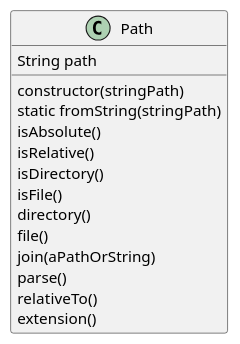
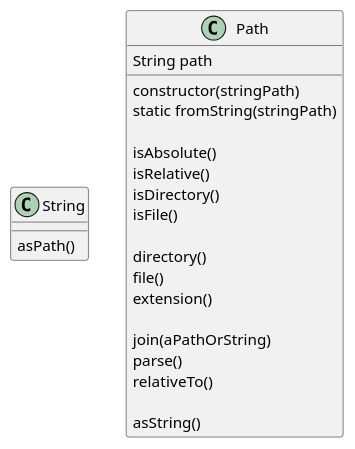
Before and after one commit to jarusll/Path: the diagram in Path.puml, drawn with PlantUML. The commit also changed 3 other files, not shown here.

```diff
--- a/Path.puml
+++ b/Path.puml
@@ -1,17 +1,27 @@
 @startuml
+class String{
+   asPath()
+} 
+
 class Path{
     String path
+    
     constructor(stringPath)
     static fromString(stringPath)
+    
     isAbsolute()
     isRelative()
     isDirectory()
     isFile()
+
     directory()
     file()
+    extension()
+
     join(aPathOrString)
     parse()
     relativeTo()
-    extension()
+    
+    asString()
 }
 @enduml
```
